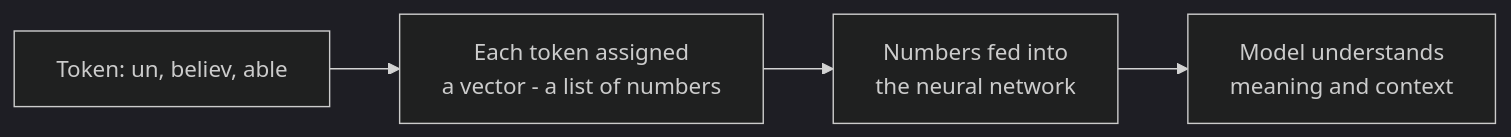
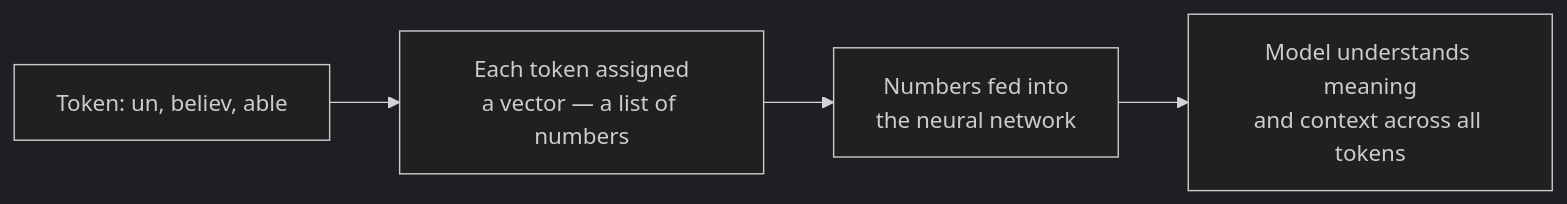
The second of 4 diagrams in Week3/2.How LLMS Work.md (NamrataRev/AI_academy), drawn with Mermaid (dark theme) before and after one commit. The commit also changed other lines of this file, not shown here.

````diff
--- a/Week3/2.How LLMS Work.md
+++ b/Week3/2.How LLMS Work.md
@@ -51,6 +69,6 @@
 ```mermaid
 flowchart LR
-    A[Token: un, believ, able] --> B[Each token assigned\na vector - a list of numbers]
+    A[Token: un, believ, able] --> B[Each token assigned\na vector — a list of numbers]
     B --> C[Numbers fed into\nthe neural network]
-    C --> D[Model understands\nmeaning and context]
+    C --> D[Model understands meaning\nand context across all tokens]
 ```
````
